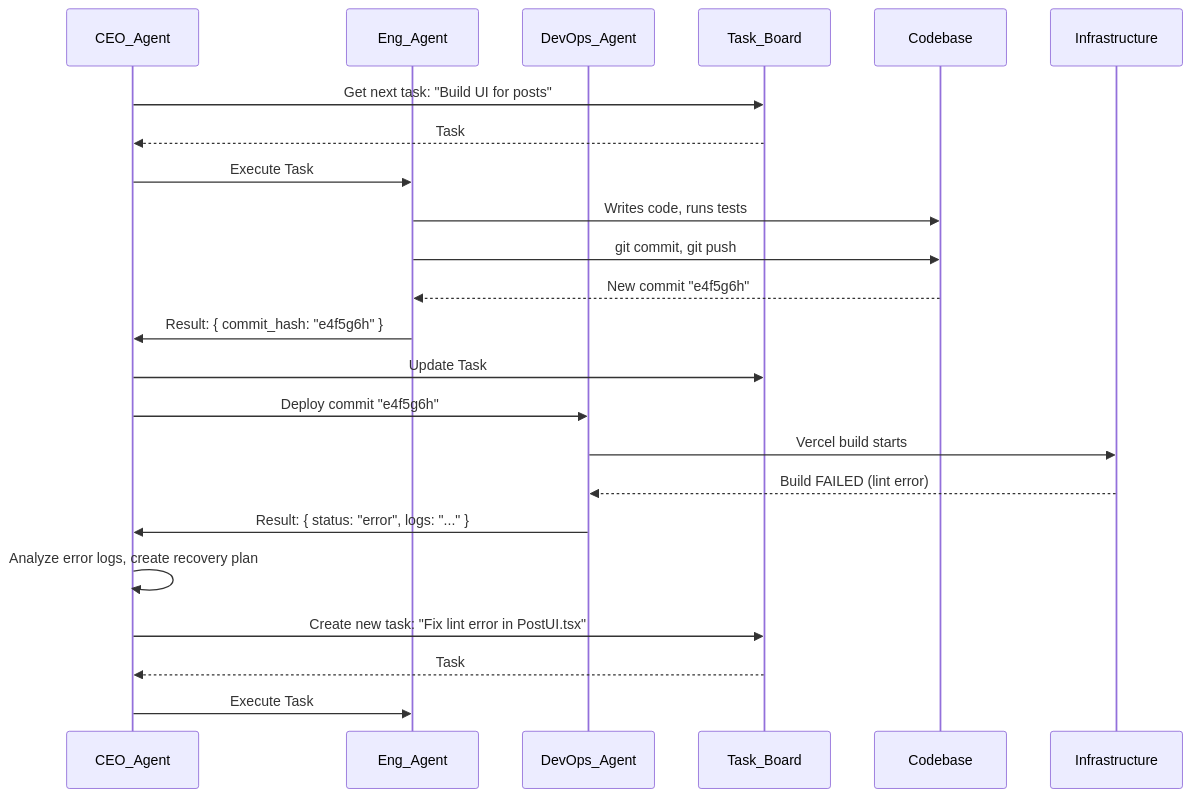
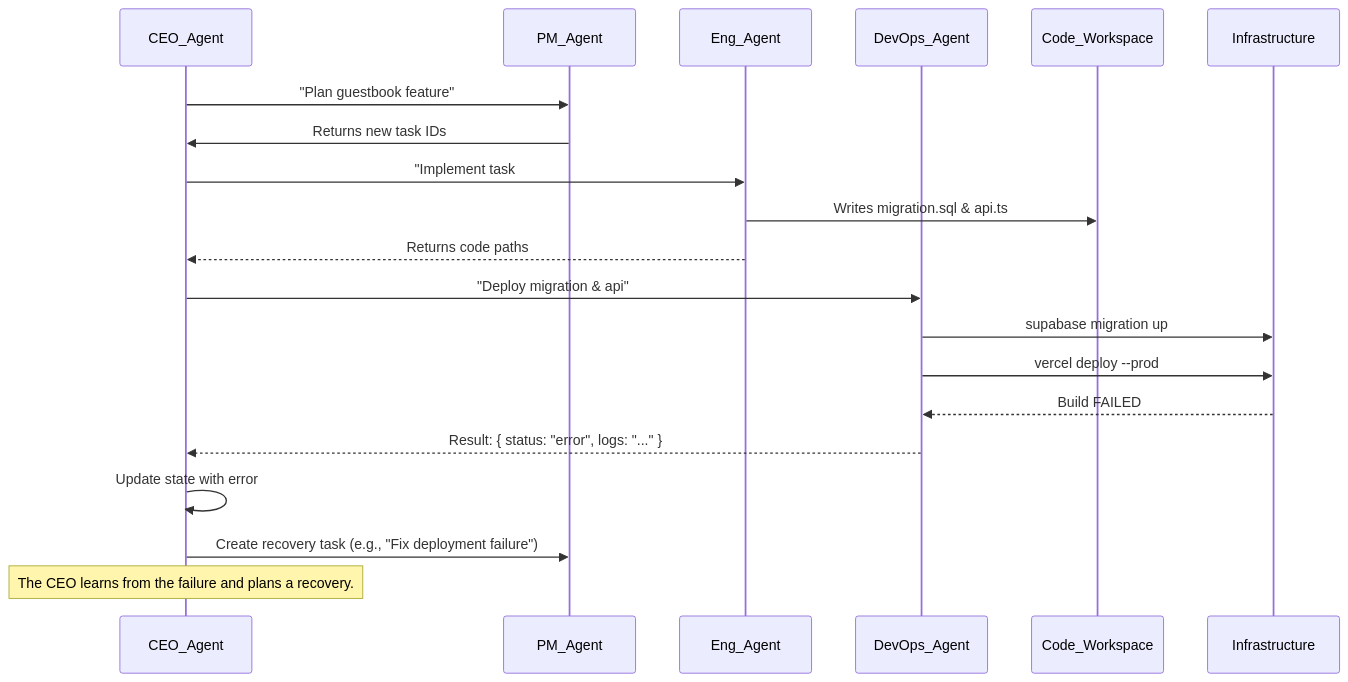
One commit to saumilyagupta/openenv-DGXAI changed the second of 2 diagrams in docs/saas_factory_architecture.md. Above: the diagram before and after it, drawn with Mermaid. The commit also changed other lines of this file and 9 other files, not shown here.

Commit message:
Update SaaS Factory Architecture document to version 3, enhancing the description of the architecture and the roles of AI agents, particularly the CEO agent's strategy and delegation process. Streamlined sections on the Reinforcement Learning framework and agent roles for clarity.

````diff
--- a/docs/saas_factory_architecture.md
+++ b/docs/saas_factory_architecture.md
@@ -125,26 +78,26 @@
 ```mermaid
 sequenceDiagram
     participant CEO_Agent
+    participant PM_Agent
     participant Eng_Agent
     participant DevOps_Agent
-    participant Task_Board
-    participant Codebase
+    participant Code_Workspace
     participant Infrastructure
 
-    CEO_Agent->>Task_Board: Get next task: "Build UI for posts"
-    Task_Board-->>CEO_Agent: Task #11
-    CEO_Agent->>Eng_Agent: Execute Task #11
-    Eng_Agent->>Codebase: Writes code, runs tests
-    Eng_Agent->>Codebase: git commit, git push
-    Codebase-->>Eng_Agent: New commit "e4f5g6h"
-    Eng_Agent->>CEO_Agent: Result: { commit_hash: "e4f5g6h" }
-    CEO_Agent->>Task_Board: Update Task #11 to 'completed'
-    CEO_Agent->>DevOps_Agent: Deploy commit "e4f5g6h"
-    DevOps_Agent->>Infrastructure: Vercel build starts
-    Infrastructure-->>DevOps_Agent: Build FAILED (lint error)
-    DevOps_Agent->>CEO_Agent: Result: { status: "error", logs: "..." }
-    CEO_Agent->>CEO_Agent: Analyze error logs, create recovery plan
-    CEO_Agent->>Task_Board: Create new task: "Fix lint error in PostUI.tsx"
-    Task_Board-->>CEO_Agent: Task #12 created
-    CEO_Agent->>Eng_Agent: Execute Task #12 (High Priority)
+    CEO_Agent->>PM_Agent: "Plan guestbook feature"
+    PM_Agent->>CEO_Agent: Returns new task IDs
+
+    CEO_Agent->>Eng_Agent: "Implement task #2"
+    Eng_Agent->>Code_Workspace: Writes migration.sql & api.ts
+    Eng_Agent-->>CEO_Agent: Returns code paths
+
+    CEO_Agent->>DevOps_Agent: "Deploy migration & api"
+    DevOps_Agent->>Infrastructure: supabase migration up
+    DevOps_Agent->>Infrastructure: vercel deploy --prod
+    Infrastructure-->>DevOps_Agent: Build FAILED
+    DevOps_Agent-->>CEO_Agent: Result: { status: "error", logs: "..." }
+
+    CEO_Agent->>CEO_Agent: Update state with error
+    CEO_Agent->>PM_Agent: Create recovery task (e.g., "Fix deployment failure")
+    Note over CEO_Agent: The CEO learns from the failure and plans a recovery.
 ```
````
